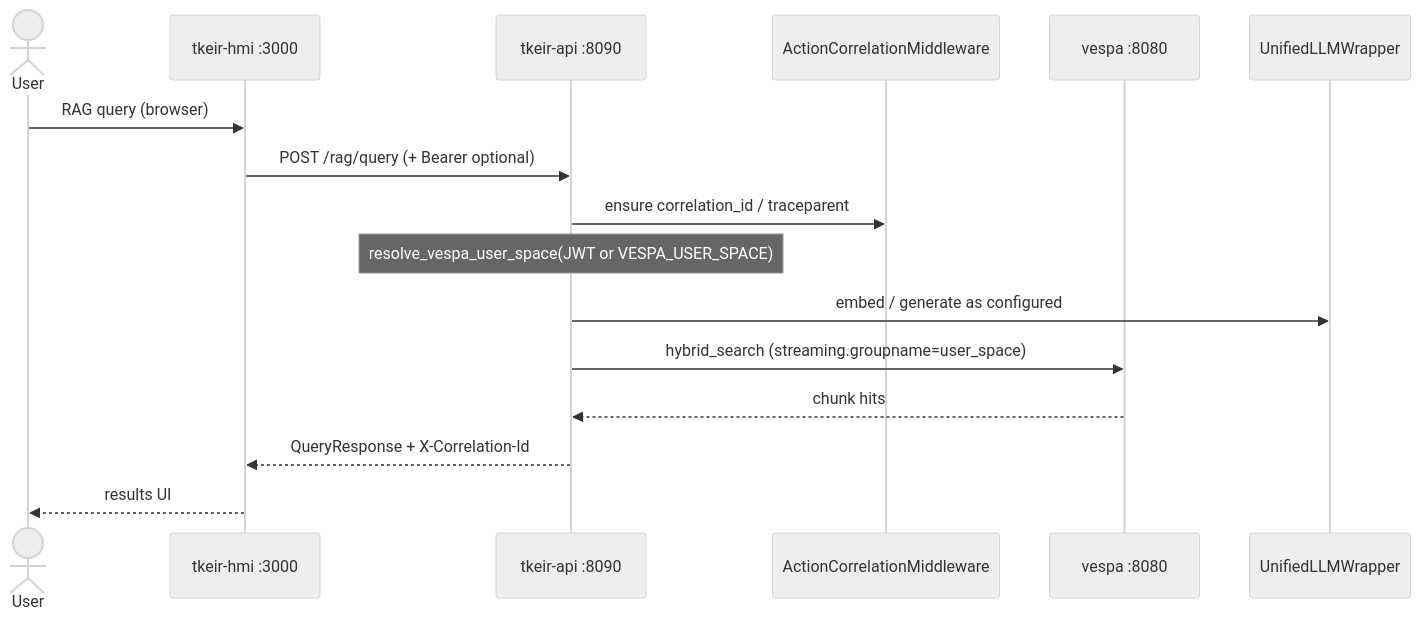
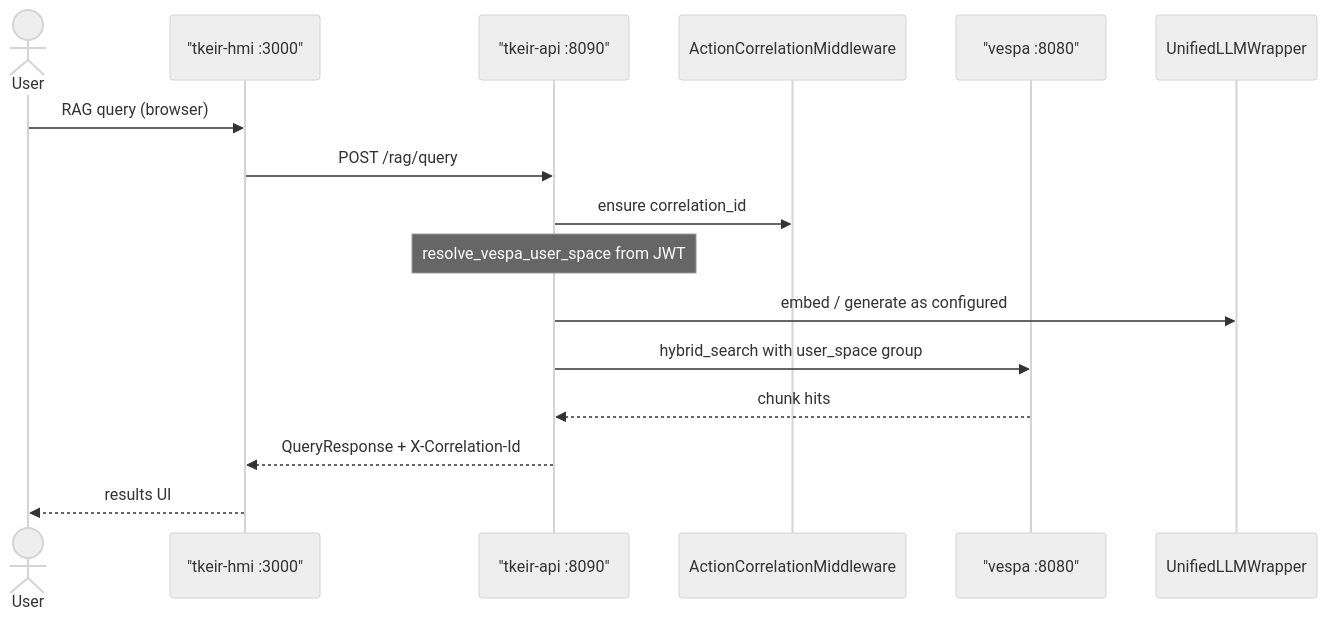
One commit to ThalesGroup/t-keir changed the first of 6 diagrams in docs/architecture/sequences.md. Above: the diagram before and after it, drawn with Mermaid (neutral theme). The commit also changed other lines of this file and 67 other files, not shown here.

````diff
--- a/docs/architecture/sequences.md
+++ b/docs/architecture/sequences.md
@@ -15,19 +15,19 @@
 ```mermaid
 sequenceDiagram
   actor User
-  participant HMI as tkeir-hmi :3000
-  participant API as tkeir-api :8090
+  participant HMI as "tkeir-hmi :3000"
+  participant API as "tkeir-api :8090"
   participant MW as ActionCorrelationMiddleware
-  participant Vespa as vespa :8080
+  participant Vespa as "vespa :8080"
   participant LLM as UnifiedLLMWrapper
 
   User->>HMI: RAG query (browser)
-  HMI->>API: POST /rag/query (+ Bearer optional)
-  API->>MW: ensure correlation_id / traceparent
-  Note over API: resolve_vespa_user_space(JWT or VESPA_USER_SPACE)
+  HMI->>API: POST /rag/query
+  API->>MW: ensure correlation_id
+  Note over API: resolve_vespa_user_space from JWT
   API->>LLM: embed / generate as configured
-  API->>Vespa: hybrid_search (streaming.groupname=user_space)
+  API->>Vespa: hybrid_search with user_space group
   Vespa-->>API: chunk hits
   API-->>HMI: QueryResponse + X-Correlation-Id
   HMI-->>User: results UI
 ```
````
